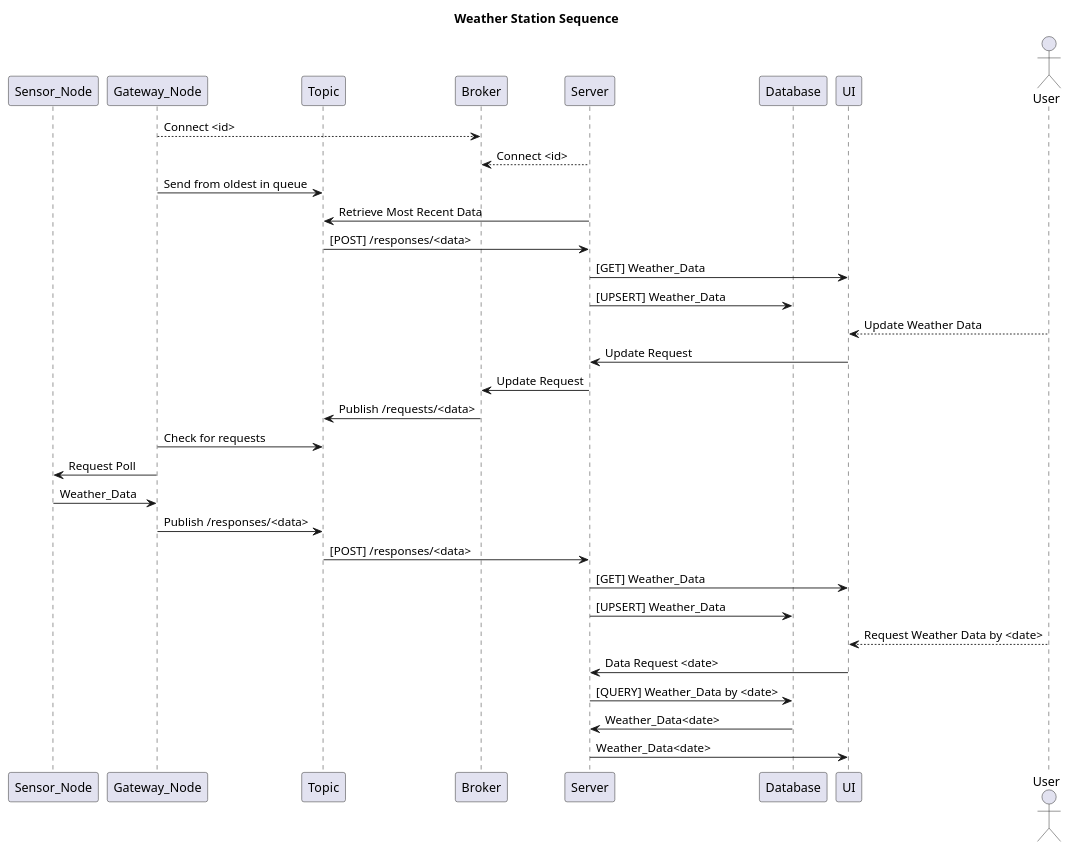
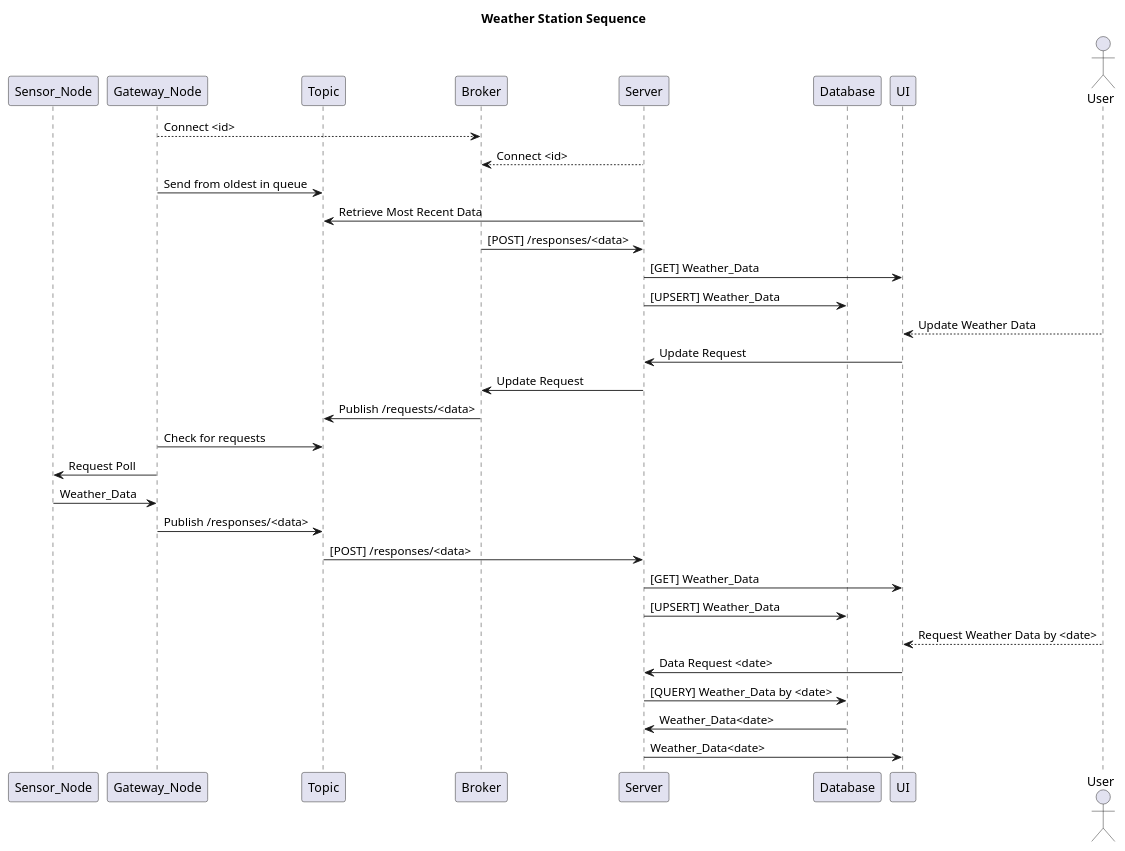
Before and after one commit to Kylertk21/Weather_Station: the diagram in Weather_Station_Sequence.puml, drawn with PlantUML. The commit also changed 4 other files, not shown here.

```diff
--- a/Weather_Station_Sequence.puml
+++ b/Weather_Station_Sequence.puml
@@ -1,47 +1,47 @@
 @startuml
 'https://plantuml.com/sequence-diagram
 
 participant Sensor_Node
 participant Gateway_Node
 participant Topic
 participant Broker
 participant Server
 participant Database
 participant UI
 actor User
 
 title Weather Station Sequence
 scale 1
 
 Gateway_Node --> Broker : Connect <id>
 Server --> Broker : Connect <id>
 Gateway_Node -> Topic : Send from oldest in queue
 Server -> Topic : Retrieve Most Recent Data
-Topic -> Server : [POST] /responses/<data>
+Broker -> Server : [POST] /responses/<data>
 
 Server -> UI : [GET] Weather_Data
 Server -> Database : [UPSERT] Weather_Data
 
 User --> UI : Update Weather Data
 UI -> Server : Update Request
 Server -> Broker : Update Request
 
 Broker -> Topic : Publish /requests/<data>
 Gateway_Node -> Topic : Check for requests
 Gateway_Node -> Sensor_Node : Request Poll
 Sensor_Node -> Gateway_Node : Weather_Data
 Gateway_Node -> Topic : Publish /responses/<data>
 Topic -> Server : [POST] /responses/<data>
 
 Server -> UI : [GET] Weather_Data
 Server -> Database : [UPSERT] Weather_Data
 User --> UI : Request Weather Data by <date>
 
 UI -> Server : Data Request <date>
 Server -> Database : [QUERY] Weather_Data by <date>
 Database -> Server : Weather_Data<date>
 Server -> UI : Weather_Data<date>
 
 
 
 @enduml
```
